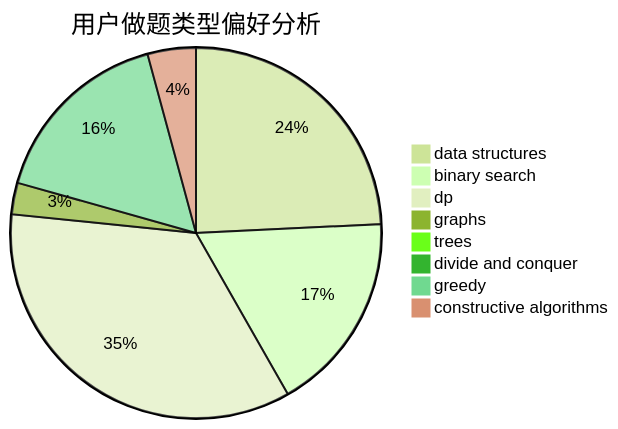
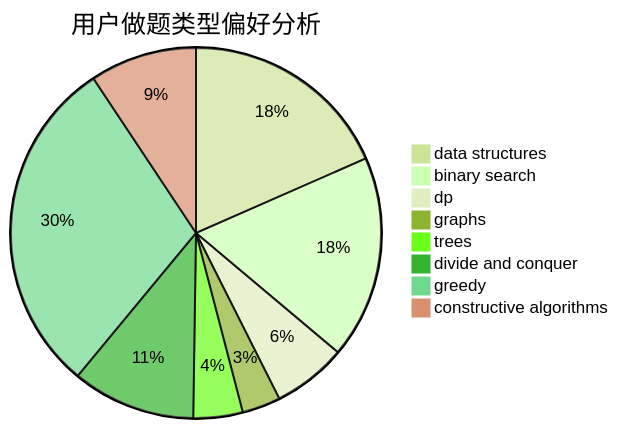
The second of 3 diagrams in docs/user/u448.md (sherpahu/cfrs.github.io), drawn with Mermaid (forest theme) before and after one commit. The commit also changed other lines of this file and 2770 other files, not shown here.

````diff
--- a/docs/user/u448.md
+++ b/docs/user/u448.md
@@ -23,11 +23,11 @@
 ```mermaid
 pie title 用户做题类型偏好分析
-    "data structures" :  397
-    "binary search" :  287
-    "dp" :  571
-    "graphs" :  45
-    "trees" :  3
-    "divide and conquer" :  6
-    "greedy" :  269
-    "constructive algorithms" :  69
+    "data structures" :  77
+    "binary search" :  74
+    "dp" :  27
+    "graphs" :  14
+    "trees" :  18
+    "divide and conquer" :  45
+    "greedy" :  124
+    "constructive algorithms" :  39
 ```
````
